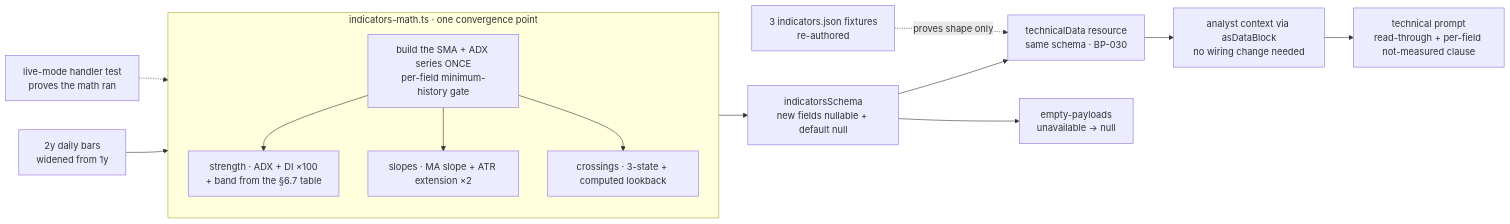
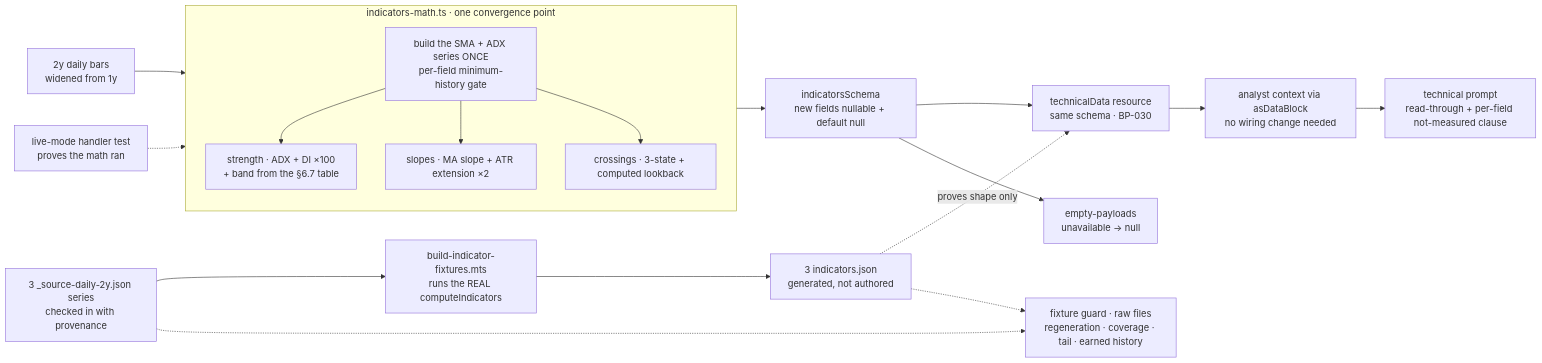
The diagram in spec/FIX-826.md (fixpoint-labs/flow-state-dev), drawn with Mermaid before and after one commit. The commit also changed other lines of this file and 1 other file, not shown here.

````diff
--- a/spec/FIX-826.md
+++ b/spec/FIX-826.md
@@ -454,19 +470,24 @@
 ```mermaid
 flowchart LR
   BARS[2y daily bars<br/>widened from 1y] --> MATH
   subgraph MATH[indicators-math.ts · one convergence point]
     SER[build the SMA + ADX series ONCE<br/>per-field minimum-history gate]
     ADX[strength · ADX + DI ×100<br/>+ band from the §6.7 table]
     SLOPE[slopes · MA slope + ATR extension ×2]
     XOVER[crossings · 3-state + computed lookback]
     SER --> ADX & SLOPE & XOVER
   end
   MATH --> SCHEMA[indicatorsSchema<br/>new fields nullable + default null]
   SCHEMA --> SPINE[technicalData resource<br/>same schema · BP-030]
   SCHEMA --> EMPTY[empty-payloads<br/>unavailable → null]
   SPINE --> CTX[analyst context via asDataBlock<br/>no wiring change needed]
   CTX --> PROMPT[technical prompt<br/>read-through + per-field not-measured clause]
-  FIX[3 indicators.json fixtures<br/>re-authored]
+  SRC[3 _source-daily-2y.json series<br/>checked in with provenance]
+  SRC --> GEN[build-indicator-fixtures.mts<br/>runs the REAL computeIndicators]
+  GEN --> FIX[3 indicators.json<br/>generated, not authored]
   FIX -.->|proves shape only| SPINE
+  GUARD[fixture guard · raw files<br/>regeneration · coverage · tail · earned history]
+  SRC -.-> GUARD
+  FIX -.-> GUARD
   LIVE[live-mode handler test<br/>proves the math ran] -.-> MATH
 ```
````
